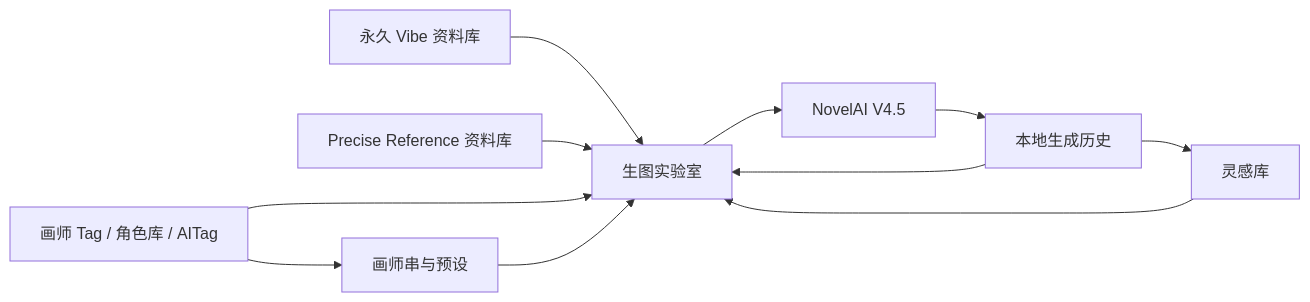
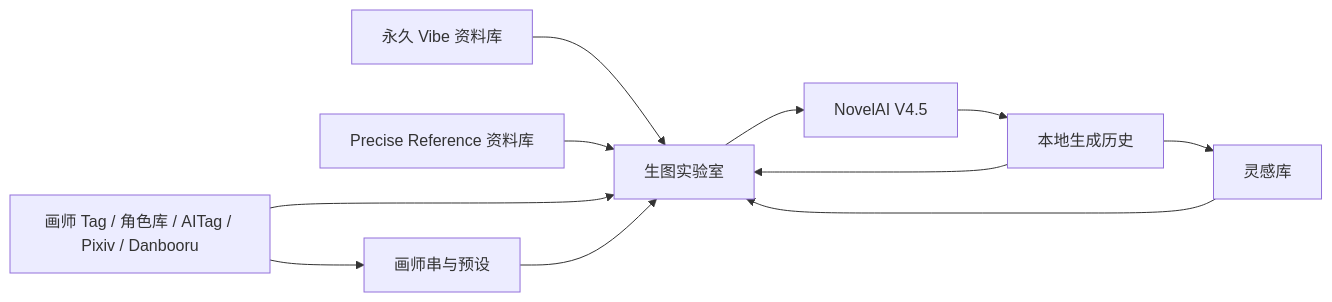
The first of 3 diagrams in README.md (HelloQun54321/nai-atelier), drawn with Mermaid before and after one commit. The commit also changed other lines of this file, not shown here.

````diff
--- a/README.md
+++ b/README.md
@@ -72,13 +58,13 @@
 ```mermaid
 flowchart LR
-    A["画师 Tag / 角色库 / AITag"] --> B["画师串与预设"]
+    A["画师 Tag / 角色库 / AITag / Pixiv / Danbooru"] --> B["画师串与预设"]
     V["永久 Vibe 资料库"] --> C["生图实验室"]
     P["Precise Reference 资料库"] --> C
     A --> C["生图实验室"]
     B --> C
     C --> D["NovelAI V4.5"]
     D --> E["本地生成历史"]
     E --> F["灵感库"]
     E --> C
     F --> C
 ```
````
